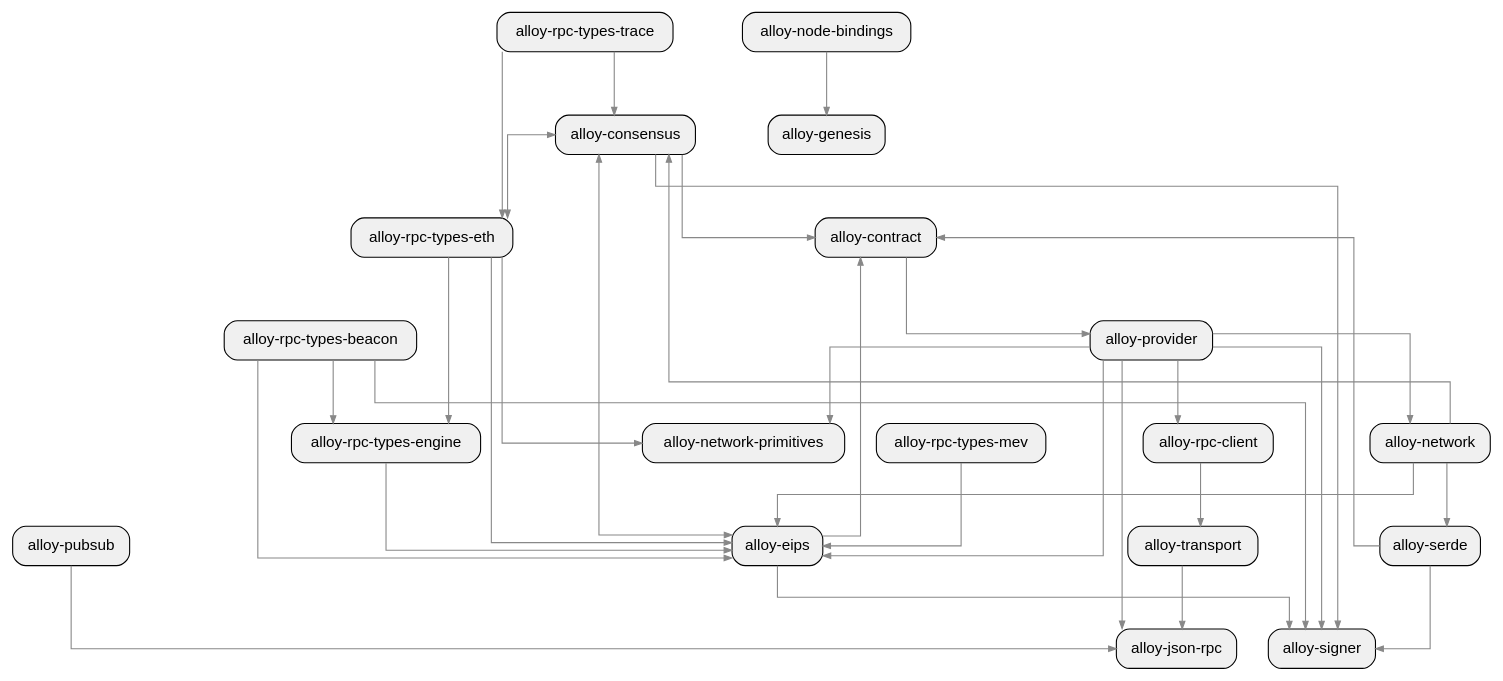
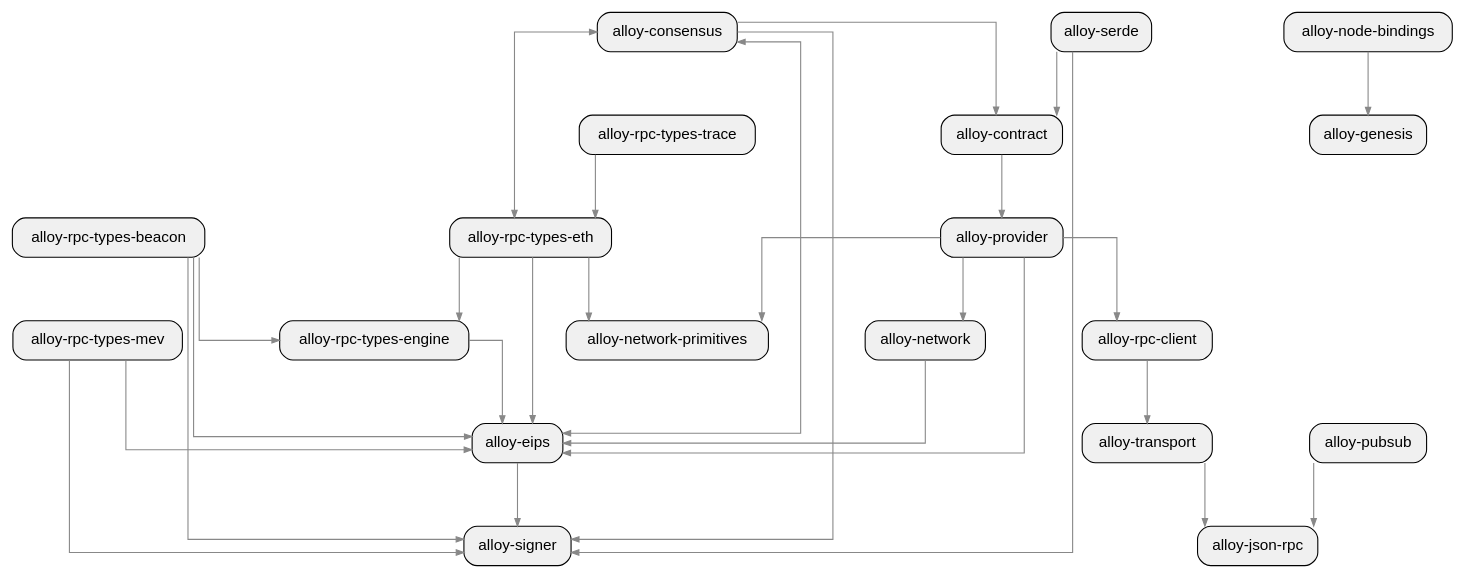
The diagram in sample/rust/alloy-pagerank/depth_1_crate.dot (allenanswerzq/llmcc), drawn with Graphviz before and after one commit. The commit also changed 313 other files, not shown here.

```diff
--- a/sample/rust/alloy-pagerank/depth_1_crate.dot
+++ b/sample/rust/alloy-pagerank/depth_1_crate.dot
@@ -1,68 +1,63 @@
 digraph architecture {
   rankdir=TB;
   ranksep=0.8;
   nodesep=0.4;
   splines=ortho;
   concentrate=true;
 
   node [shape=box, style="rounded,filled", fillcolor="#f0f0f0", fontname="Helvetica"];
   edge [color="#888888", arrowsize=0.7];
 
   labelloc=t;
   fontsize=16;
 
   crate_alloy_consensus[label="alloy-consensus", path="/home/yibai/llmcc/sample/repos/alloy/crates/consensus"];
   crate_alloy_contract[label="alloy-contract", path="/home/yibai/llmcc/sample/repos/alloy/crates/contract"];
   crate_alloy_eips[label="alloy-eips", path="/home/yibai/llmcc/sample/repos/alloy/crates/eips"];
   crate_alloy_genesis[label="alloy-genesis", path="/home/yibai/llmcc/sample/repos/alloy/crates/genesis"];
   crate_alloy_json_rpc[label="alloy-json-rpc", path="/home/yibai/llmcc/sample/repos/alloy/crates/json-rpc"];
   crate_alloy_network[label="alloy-network", path="/home/yibai/llmcc/sample/repos/alloy/crates/network"];
   crate_alloy_network_primitives[label="alloy-network-primitives", path="/home/yibai/llmcc/sample/repos/alloy/crates/network-primitives"];
   crate_alloy_node_bindings[label="alloy-node-bindings", path="/home/yibai/llmcc/sample/repos/alloy/crates/node-bindings"];
   crate_alloy_provider[label="alloy-provider", path="/home/yibai/llmcc/sample/repos/alloy/crates/provider"];
   crate_alloy_pubsub[label="alloy-pubsub", path="/home/yibai/llmcc/sample/repos/alloy/crates/pubsub"];
   crate_alloy_rpc_client[label="alloy-rpc-client", path="/home/yibai/llmcc/sample/repos/alloy/crates/rpc-client"];
   crate_alloy_rpc_types_beacon[label="alloy-rpc-types-beacon", path="/home/yibai/llmcc/sample/repos/alloy/crates/rpc-types-beacon"];
   crate_alloy_rpc_types_engine[label="alloy-rpc-types-engine", path="/home/yibai/llmcc/sample/repos/alloy/crates/rpc-types-engine"];
   crate_alloy_rpc_types_eth[label="alloy-rpc-types-eth", path="/home/yibai/llmcc/sample/repos/alloy/crates/rpc-types-eth"];
   crate_alloy_rpc_types_mev[label="alloy-rpc-types-mev", path="/home/yibai/llmcc/sample/repos/alloy/crates/rpc-types-mev"];
   crate_alloy_rpc_types_trace[label="alloy-rpc-types-trace", path="/home/yibai/llmcc/sample/repos/alloy/crates/rpc-types-trace"];
   crate_alloy_serde[label="alloy-serde", path="/home/yibai/llmcc/sample/repos/alloy/crates/serde"];
   crate_alloy_signer[label="alloy-signer", path="/home/yibai/llmcc/sample/repos/alloy/crates/signer"];
   crate_alloy_transport[label="alloy-transport", path="/home/yibai/llmcc/sample/repos/alloy/crates/transport"];
 
   crate_alloy_consensus -> crate_alloy_contract;
   crate_alloy_consensus -> crate_alloy_eips;
   crate_alloy_consensus -> crate_alloy_rpc_types_eth;
   crate_alloy_consensus -> crate_alloy_signer;
   crate_alloy_contract -> crate_alloy_provider;
   crate_alloy_eips -> crate_alloy_consensus;
-  crate_alloy_eips -> crate_alloy_contract;
   crate_alloy_eips -> crate_alloy_signer;
-  crate_alloy_network -> crate_alloy_consensus;
   crate_alloy_network -> crate_alloy_eips;
-  crate_alloy_network -> crate_alloy_serde;
   crate_alloy_node_bindings -> crate_alloy_genesis;
   crate_alloy_provider -> crate_alloy_eips;
-  crate_alloy_provider -> crate_alloy_json_rpc;
   crate_alloy_provider -> crate_alloy_network;
   crate_alloy_provider -> crate_alloy_network_primitives;
   crate_alloy_provider -> crate_alloy_rpc_client;
-  crate_alloy_provider -> crate_alloy_signer;
   crate_alloy_pubsub -> crate_alloy_json_rpc;
   crate_alloy_rpc_client -> crate_alloy_transport;
   crate_alloy_rpc_types_beacon -> crate_alloy_eips;
   crate_alloy_rpc_types_beacon -> crate_alloy_rpc_types_engine;
   crate_alloy_rpc_types_beacon -> crate_alloy_signer;
   crate_alloy_rpc_types_engine -> crate_alloy_eips;
   crate_alloy_rpc_types_eth -> crate_alloy_consensus;
   crate_alloy_rpc_types_eth -> crate_alloy_eips;
   crate_alloy_rpc_types_eth -> crate_alloy_network_primitives;
   crate_alloy_rpc_types_eth -> crate_alloy_rpc_types_engine;
   crate_alloy_rpc_types_mev -> crate_alloy_eips;
-  crate_alloy_rpc_types_trace -> crate_alloy_consensus;
+  crate_alloy_rpc_types_mev -> crate_alloy_signer;
   crate_alloy_rpc_types_trace -> crate_alloy_rpc_types_eth;
   crate_alloy_serde -> crate_alloy_contract;
   crate_alloy_serde -> crate_alloy_signer;
   crate_alloy_transport -> crate_alloy_json_rpc;
 }
```
